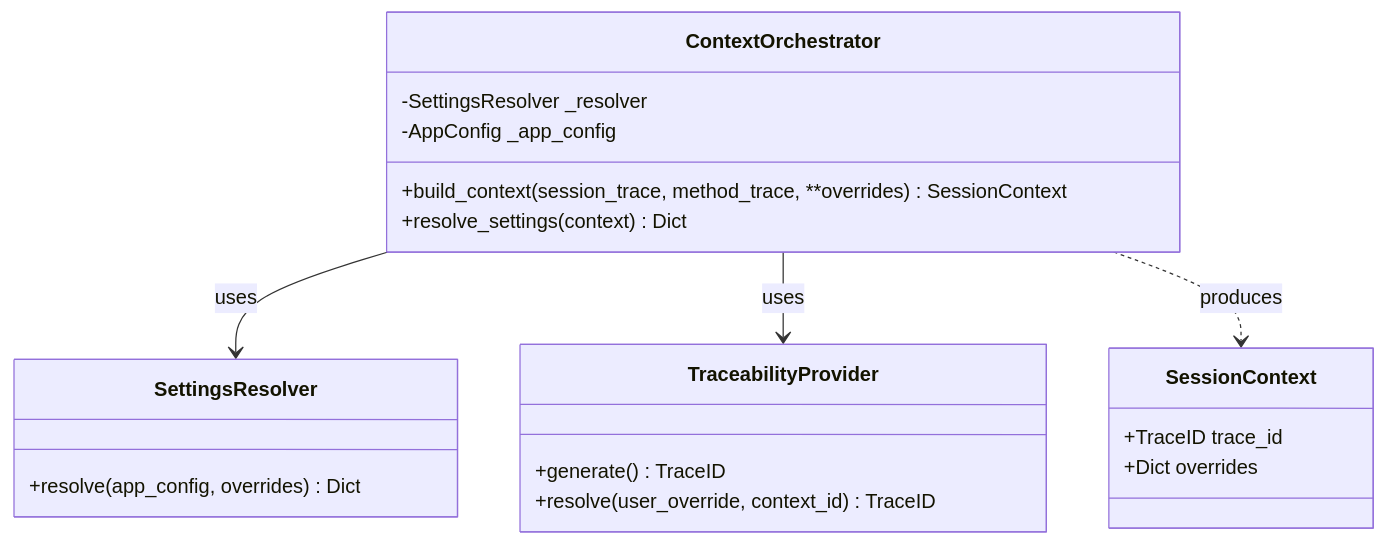
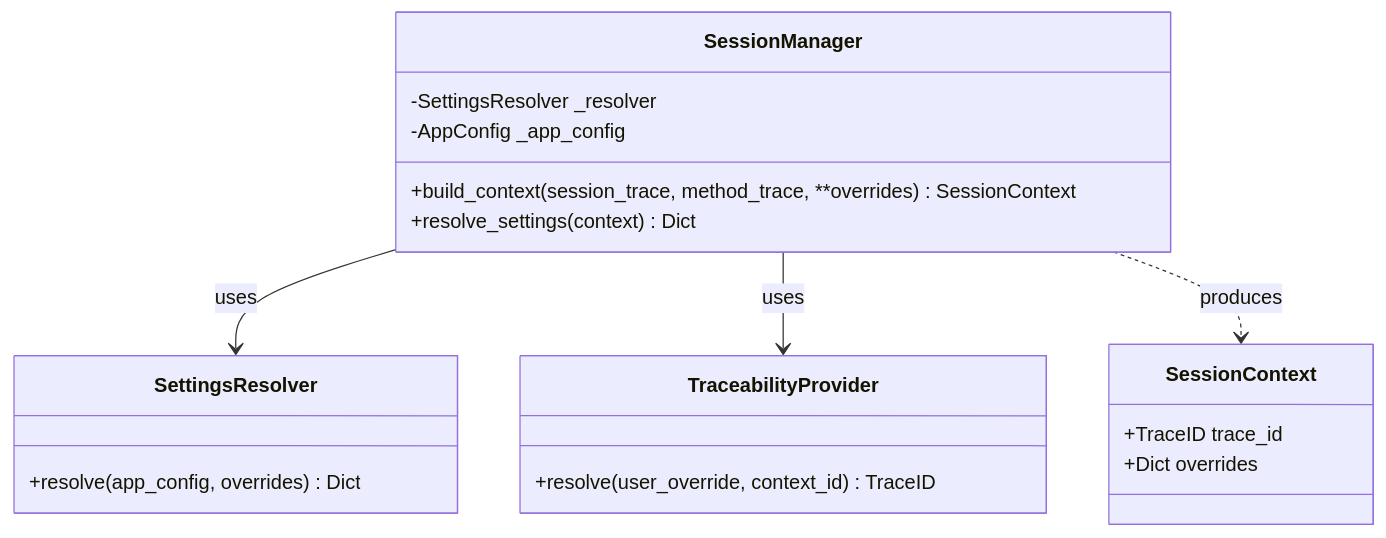
One commit to mnaatjes/etl-pipeline changed the first of 2 diagrams in docs/status_reports/session_context_status.md. Above: the diagram before and after it, drawn with Mermaid. The commit also changed other lines of this file and 15 other files, not shown here.

Commit message:
session-manager

````diff
--- a/docs/status_reports/session_context_status.md
+++ b/docs/status_reports/session_context_status.md
@@ -35,27 +34,26 @@
 ```mermaid
 classDiagram
-    class ContextOrchestrator {
+    class SessionManager {
         -SettingsResolver _resolver
         -AppConfig _app_config
         +build_context(session_trace, method_trace, **overrides) SessionContext
         +resolve_settings(context) Dict
     }
 
     class SettingsResolver {
         +resolve(app_config, overrides) Dict
     }
 
     class TraceabilityProvider {
-        +generate() TraceID
         +resolve(user_override, context_id) TraceID
     }
 
     class SessionContext {
         +TraceID trace_id
         +Dict overrides
     }
 
-    ContextOrchestrator --> SettingsResolver : uses
-    ContextOrchestrator --> TraceabilityProvider : uses
-    ContextOrchestrator ..> SessionContext : produces
+    SessionManager --> SettingsResolver : uses
+    SessionManager --> TraceabilityProvider : uses
+    SessionManager ..> SessionContext : produces
 ```
````
